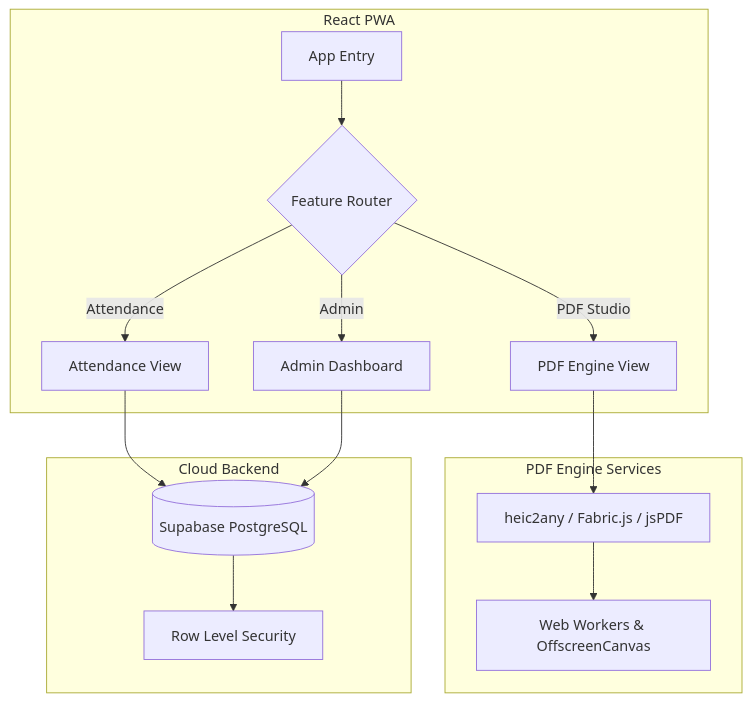
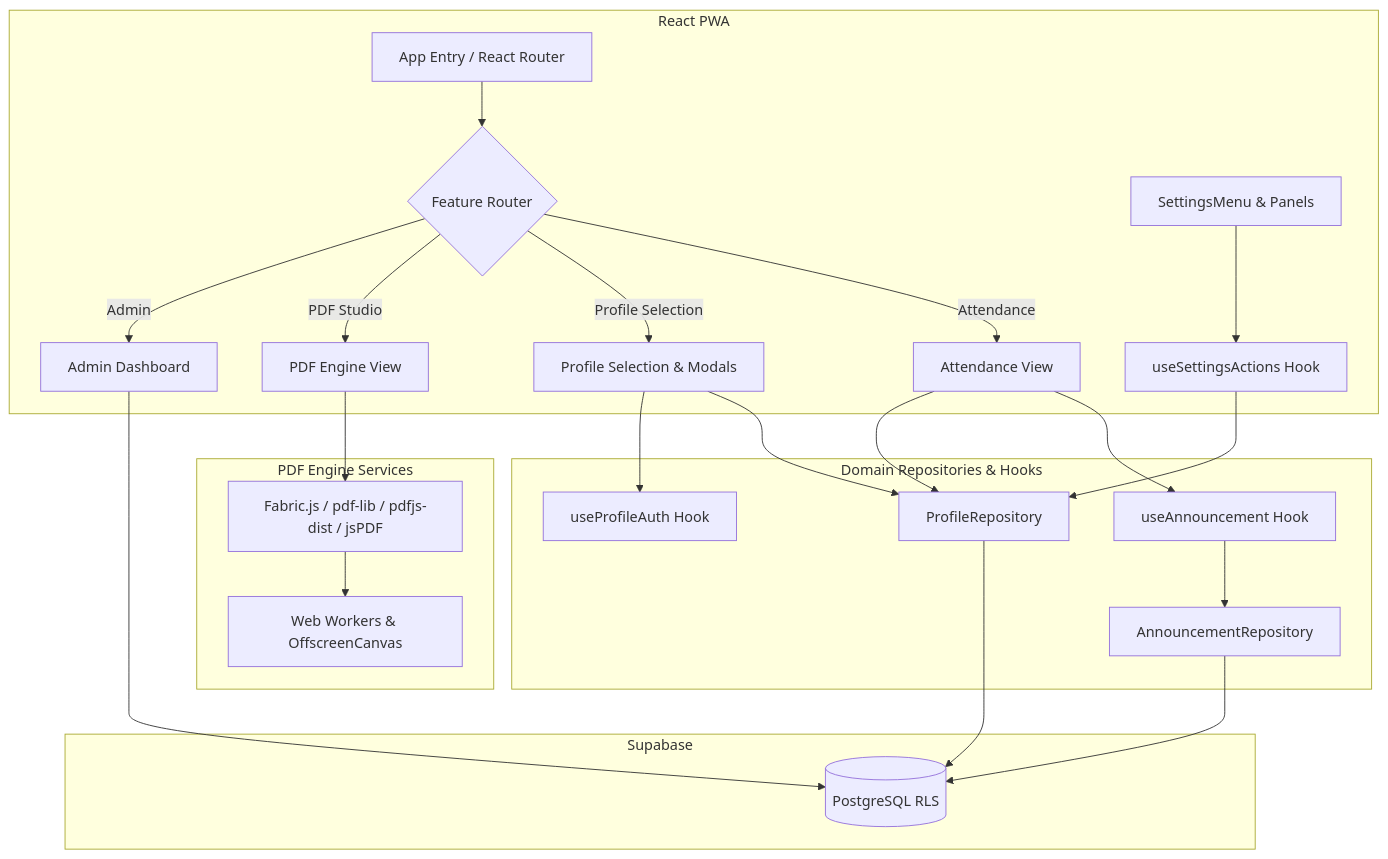
Before and after one commit to Raj-Likhit/flowwsuite: the diagram in README.md, drawn with Mermaid. The commit also changed 2 other files, not shown here.

Commit message:
docs: update architecture diagrams, component hierarchies, and health metrics to reflect recent refactor

````diff
--- a/README.md
+++ b/README.md
@@ -43,20 +43,31 @@
 ```mermaid
 graph TD
     subgraph Client Application [React PWA]
-        A[App Entry] --> B{Feature Router}
+        A[App Entry / React Router] --> B{Feature Router}
         B -->|Attendance| C[Attendance View]
+        B -->|Profile Selection| PS[Profile Selection & Modals]
         B -->|PDF Studio| D[PDF Engine View]
         B -->|Admin| E[Admin Dashboard]
+        SM[SettingsMenu & Panels] --> SA[useSettingsActions Hook]
+    end
+
+    subgraph Domain Repositories & Hooks
+        C --> AH[useAnnouncement Hook]
+        AH --> AR[AnnouncementRepository]
+        SA --> PR[ProfileRepository]
+        PS --> PR
+        PS --> UPA[useProfileAuth Hook]
+        C --> PR
     end
 
     subgraph PDF Engine Services
-        D --> F[heic2any / Fabric.js / jsPDF]
+        D --> F[Fabric.js / pdf-lib / pdfjs-dist / jsPDF]
         F --> G[Web Workers & OffscreenCanvas]
     end
 
-    subgraph Cloud Backend
-        C --> H[(Supabase PostgreSQL)]
+    subgraph Cloud Backend [Supabase]
+        PR --> H[(PostgreSQL RLS)]
+        AR --> H
         E --> H
-        H --> I[Row Level Security]
     end
 ```
````
